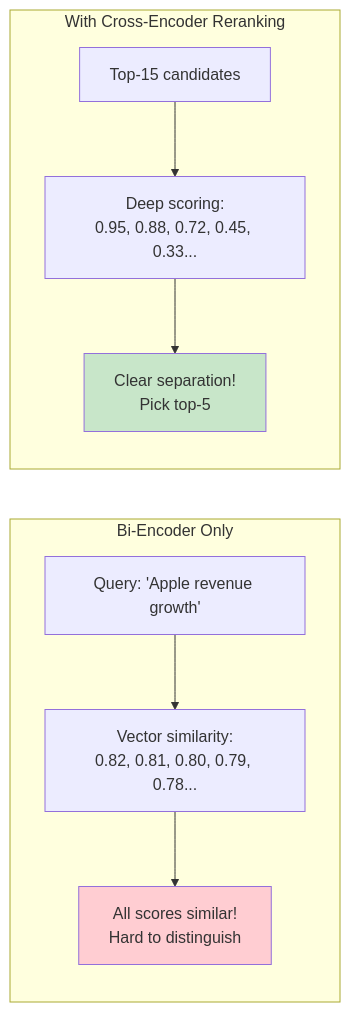
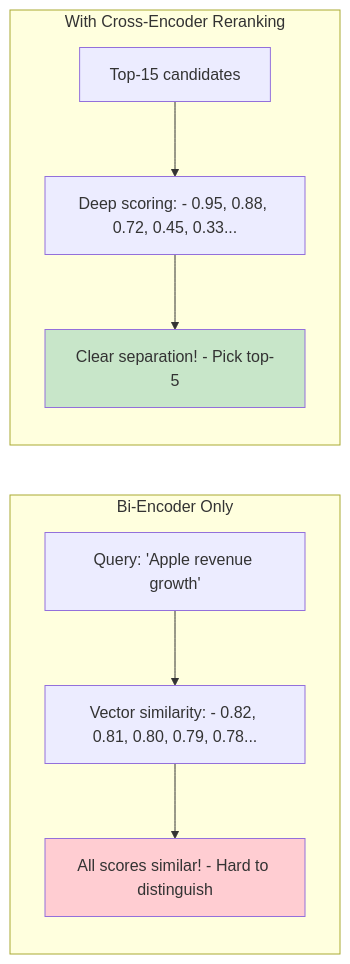
Before and after one commit to indhra/llm_rag_sec_findings: the second of 7 diagrams in docs/learning/05-reranking-retrieval.md, drawn with Mermaid. The commit also changed other lines of this file and 9 other files, not shown here.

````diff
--- a/docs/learning/05-reranking-retrieval.md
+++ b/docs/learning/05-reranking-retrieval.md
@@ -44,19 +44,19 @@
 ```mermaid
 graph LR
     subgraph "Bi-Encoder Only"
         B1[Query: 'Apple revenue growth']
-        B2[Vector similarity:<br/>0.82, 0.81, 0.80, 0.79, 0.78...]
+        B2[Vector similarity: - 0.82, 0.81, 0.80, 0.79, 0.78...]
         B1 --> B2
-        B2 --> B3[All scores similar!<br/>Hard to distinguish]
+        B2 --> B3[All scores similar! - Hard to distinguish]
     end
     
     subgraph "With Cross-Encoder Reranking"
         C1[Top-15 candidates]
-        C2[Deep scoring:<br/>0.95, 0.88, 0.72, 0.45, 0.33...]
+        C2[Deep scoring: - 0.95, 0.88, 0.72, 0.45, 0.33...]
         C1 --> C2
-        C2 --> C3[Clear separation!<br/>Pick top-5]
+        C2 --> C3[Clear separation! - Pick top-5]
     end
     
     style B3 fill:#ffcdd2
     style C3 fill:#c8e6c9
 ```
````
